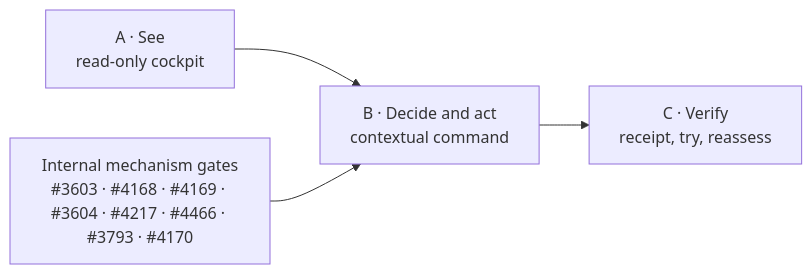
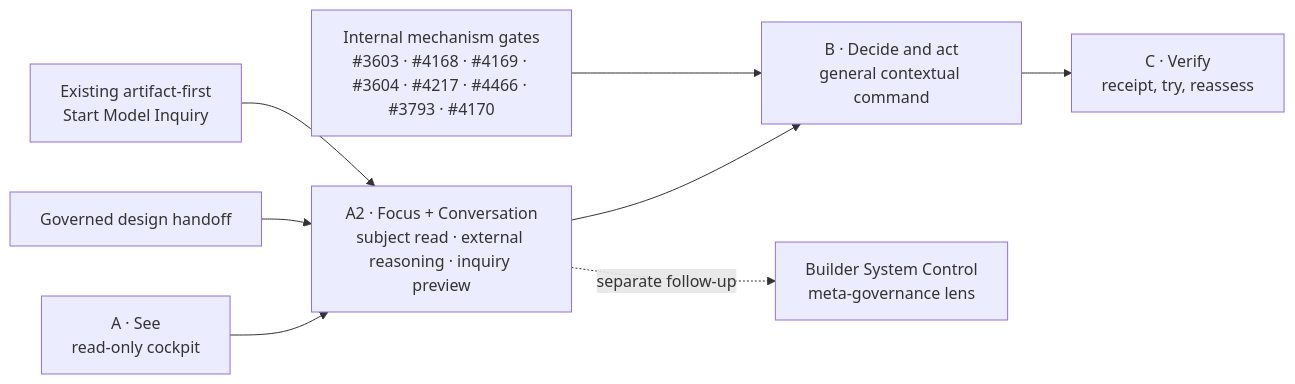
One commit to RasmusTho/agentic-pkm-mvp changed the diagram in docs/plans/DEVUI_IMPLEMENTATION.md. Above: the diagram before and after it, drawn with Mermaid. The commit also changed other lines of this file and 8 other files, not shown here.

First line of the commit message:
Add devUI focus and conversation specification

````diff
--- a/docs/plans/DEVUI_IMPLEMENTATION.md
+++ b/docs/plans/DEVUI_IMPLEMENTATION.md
@@ -157,6 +201,10 @@
 ```mermaid
 flowchart LR
-  A["A · See<br/>read-only cockpit"] --> B["B · Decide and act<br/>contextual command"]
+  A["A · See<br/>read-only cockpit"] --> A2["A2 · Focus + Conversation<br/>subject read · external reasoning · inquiry preview"]
+  A2 --> B["B · Decide and act<br/>general contextual command"]
   B --> C["C · Verify<br/>receipt, try, reassess"]
+  D["Governed design handoff"] --> A2
+  I["Existing artifact-first<br/>Start Model Inquiry"] --> A2
+  A2 -. separate follow-up .-> S["Builder System Control<br/>meta-governance lens"]
   M["Internal mechanism gates<br/>#3603 · #4168 · #4169 · #3604 · #4217 · #4466 · #3793 · #4170"] --> B
 ```
````
